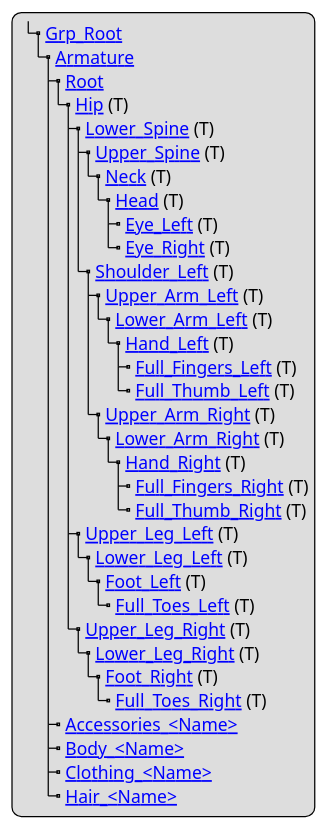
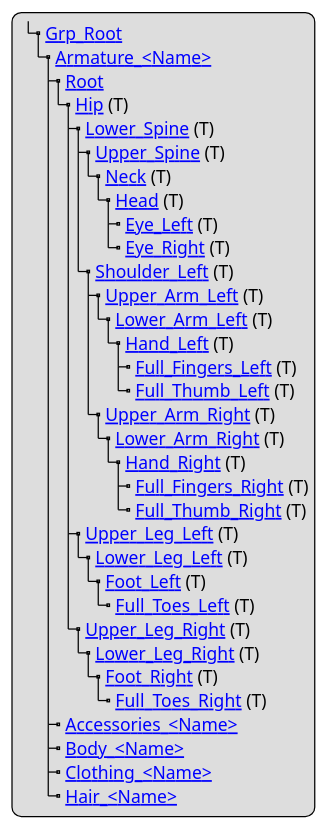
Before and after one commit to asam-ev/OpenMATERIAL: the diagram in content/geometry/object-human/human-structure.adoc, drawn with PlantUML. The commit also changed other lines of this file and 3 other files, not shown here.

Commit message:
Added "_t" to all links with (T) in headline Moved (T) in the vehicle and environment structure outside of the link Adjusted "Armature" Name and declared postfix as optional (with explanation) Adjusted the y-axis of all bones to "Pointing along the bone direction"

```diff
--- a/content/geometry/object-human/human-structure.adoc
+++ b/content/geometry/object-human/human-structure.adoc
@@ -5,38 +5,38 @@
 [plantuml]
 ----
 legend
 |_ [[../geometry/object-human/human-index.html#_grp_root Grp_Root]]
-  |_ [[../geometry/object-human/human-index.html#_armature Armature]]
+  |_ [[../geometry/object-human/human-index.html#_armature_name Armature_<Name>]]
     |_ [[../geometry/object-human/human-index.html#_root Root]]
-      |_ [[../geometry/object-human/human-index.html#_hip Hip]] (T)
-        |_ [[../geometry/object-human/human-index.html#_lower_spine Lower_Spine]] (T)
-          |_ [[../geometry/object-human/human-index.html#_upper_spine Upper_Spine]] (T)
-            |_ [[../geometry/object-human/human-index.html#_neck Neck]] (T)
-              |_ [[../geometry/object-human/human-index.html#_head Head]] (T)
-                |_ [[../geometry/object-human/human-index.html#_eye_left Eye_Left]] (T)
-                |_ [[../geometry/object-human/human-index.html#_eye_right Eye_Right]] (T)
-          |_ [[../geometry/object-human/human-index.html#_shoulder_left Shoulder_Left]] (T)
-            |_ [[../geometry/object-human/human-index.html#_upper_arm_left Upper_Arm_Left]] (T)
-              |_ [[../geometry/object-human/human-index.html#_lower_arm_left Lower_Arm_Left]] (T)
-                |_ [[../geometry/object-human/human-index.html#_hand_left Hand_Left]] (T)
-                  |_ [[../geometry/object-human/human-index.html#_full_lingers_left Full_Fingers_Left]] (T)
-                  |_ [[../geometry/object-human/human-index.html#_full_thumb_left Full_Thumb_Left]] (T)
-            |_ [[../geometry/object-human/human-index.html#_upper_arm_right Upper_Arm_Right]] (T)
-              |_ [[../geometry/object-human/human-index.html#_lower_arm_right Lower_Arm_Right]] (T)
-                |_ [[../geometry/object-human/human-index.html#_hand_right Hand_Right]] (T)
-                  |_ [[../geometry/object-human/human-index.html#_full_fingers_right Full_Fingers_Right]] (T)
-                  |_ [[../geometry/object-human/human-index.html#_full_thumb_right Full_Thumb_Right]] (T)
-        |_ [[../geometry/object-human/human-index.html#_upper_leg_left Upper_Leg_Left]] (T)
-          |_ [[../geometry/object-human/human-index.html#_lower_leg_left Lower_Leg_Left]] (T)
-            |_ [[../geometry/object-human/human-index.html#_foot_left Foot_Left]] (T)
-              |_ [[../geometry/object-human/human-index.html#_full_toes_left Full_Toes_Left]] (T)
-        |_ [[../geometry/object-human/human-index.html#_upper_leg_right Upper_Leg_Right]] (T)
-          |_ [[../geometry/object-human/human-index.html#_lower_leg_right Lower_Leg_Right]] (T)
-            |_ [[../geometry/object-human/human-index.html#_foot_right Foot_Right]] (T)
-              |_ [[../geometry/object-human/human-index.html#_full_toes_right Full_Toes_Right]] (T)
-    |_ [[../geometry/object-human/human-index.html#_accessories Accessories_<Name>]]
-    |_ [[../geometry/object-human/human-index.html#_body Body_<Name>]]
-    |_ [[../geometry/object-human/human-index.html#_clothing Clothing_<Name>]]
-    |_ [[../geometry/object-human/human-index.html#_hair Hair_<Name>]]
+      |_ [[../geometry/object-human/human-index.html#_hip_t Hip]] (T)
+        |_ [[../geometry/object-human/human-index.html#_lower_spine_t Lower_Spine]] (T)
+          |_ [[../geometry/object-human/human-index.html#_upper_spine_t Upper_Spine]] (T)
+            |_ [[../geometry/object-human/human-index.html#_neck_t Neck]] (T)
+              |_ [[../geometry/object-human/human-index.html#_head_t Head]] (T)
+                |_ [[../geometry/object-human/human-index.html#_eye_left_t Eye_Left]] (T)
+                |_ [[../geometry/object-human/human-index.html#_eye_right_t Eye_Right]] (T)
+          |_ [[../geometry/object-human/human-index.html#_shoulder_left_t Shoulder_Left]] (T)
+            |_ [[../geometry/object-human/human-index.html#_upper_arm_left_t Upper_Arm_Left]] (T)
+              |_ [[../geometry/object-human/human-index.html#_lower_arm_left_t Lower_Arm_Left]] (T)
+                |_ [[../geometry/object-human/human-index.html#_hand_left_t Hand_Left]] (T)
+                  |_ [[../geometry/object-human/human-index.html#_full_lingers_left_t Full_Fingers_Left]] (T)
+                  |_ [[../geometry/object-human/human-index.html#_full_thumb_left_t Full_Thumb_Left]] (T)
+            |_ [[../geometry/object-human/human-index.html#_upper_arm_right_t Upper_Arm_Right]] (T)
+              |_ [[../geometry/object-human/human-index.html#_lower_arm_right_t Lower_Arm_Right]] (T)
+                |_ [[../geometry/object-human/human-index.html#_hand_right_t Hand_Right]] (T)
+                  |_ [[../geometry/object-human/human-index.html#_full_fingers_right_t Full_Fingers_Right]] (T)
+                  |_ [[../geometry/object-human/human-index.html#_full_thumb_right_t Full_Thumb_Right]] (T)
+        |_ [[../geometry/object-human/human-index.html#_upper_leg_left_t Upper_Leg_Left]] (T)
+          |_ [[../geometry/object-human/human-index.html#_lower_leg_left_t Lower_Leg_Left]] (T)
+            |_ [[../geometry/object-human/human-index.html#_foot_left_t Foot_Left]] (T)
+              |_ [[../geometry/object-human/human-index.html#_full_toes_left_t Full_Toes_Left]] (T)
+        |_ [[../geometry/object-human/human-index.html#_upper_leg_right_t Upper_Leg_Right]] (T)
+          |_ [[../geometry/object-human/human-index.html#_lower_leg_right_t Lower_Leg_Right]] (T)
+            |_ [[../geometry/object-human/human-index.html#_foot_right_t Foot_Right]] (T)
+              |_ [[../geometry/object-human/human-index.html#_full_toes_right_t Full_Toes_Right]] (T)
+    |_ [[../geometry/object-human/human-index.html#_accessories_name Accessories_<Name>]]
+    |_ [[../geometry/object-human/human-index.html#_body_name Body_<Name>]]
+    |_ [[../geometry/object-human/human-index.html#_clothing_name Clothing_<Name>]]
+    |_ [[../geometry/object-human/human-index.html#_hair_name Hair_<Name>]]
 end legend
 ----
```
